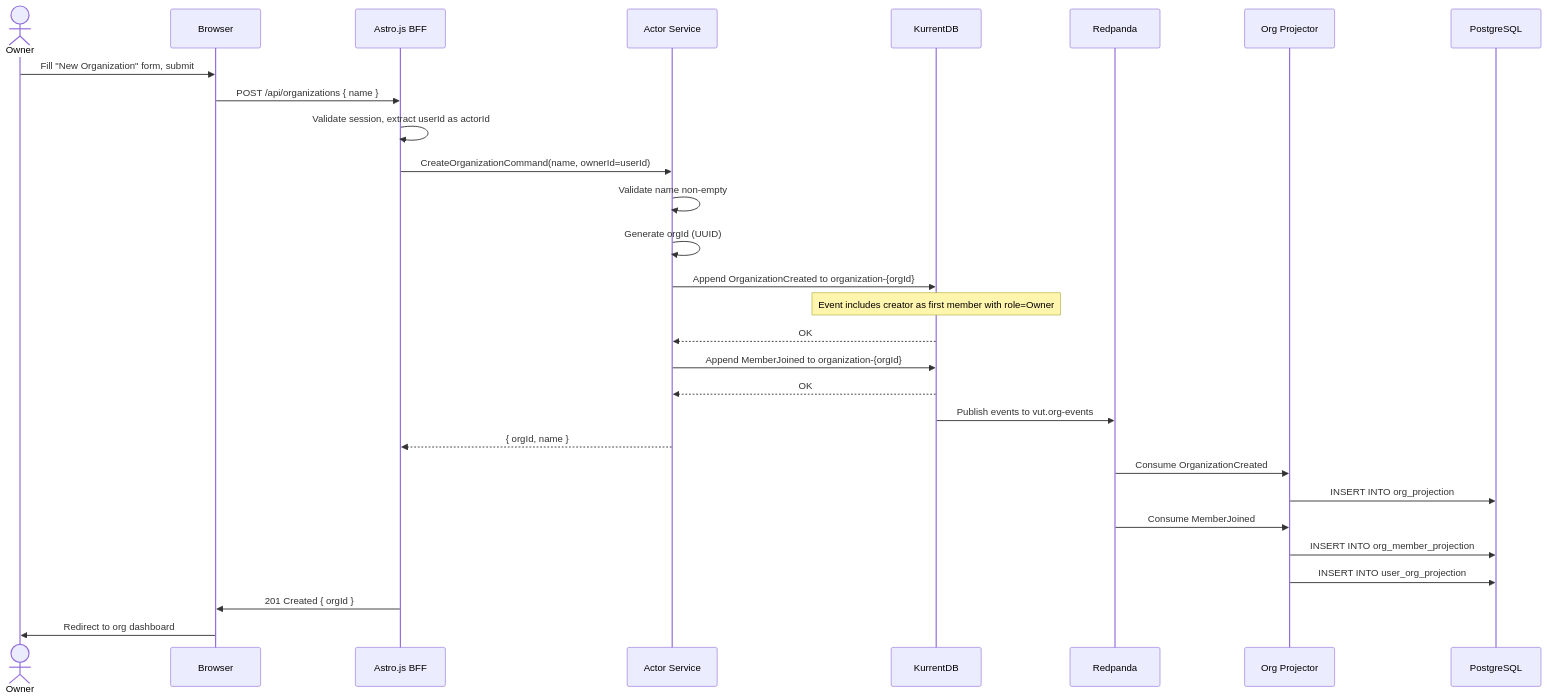
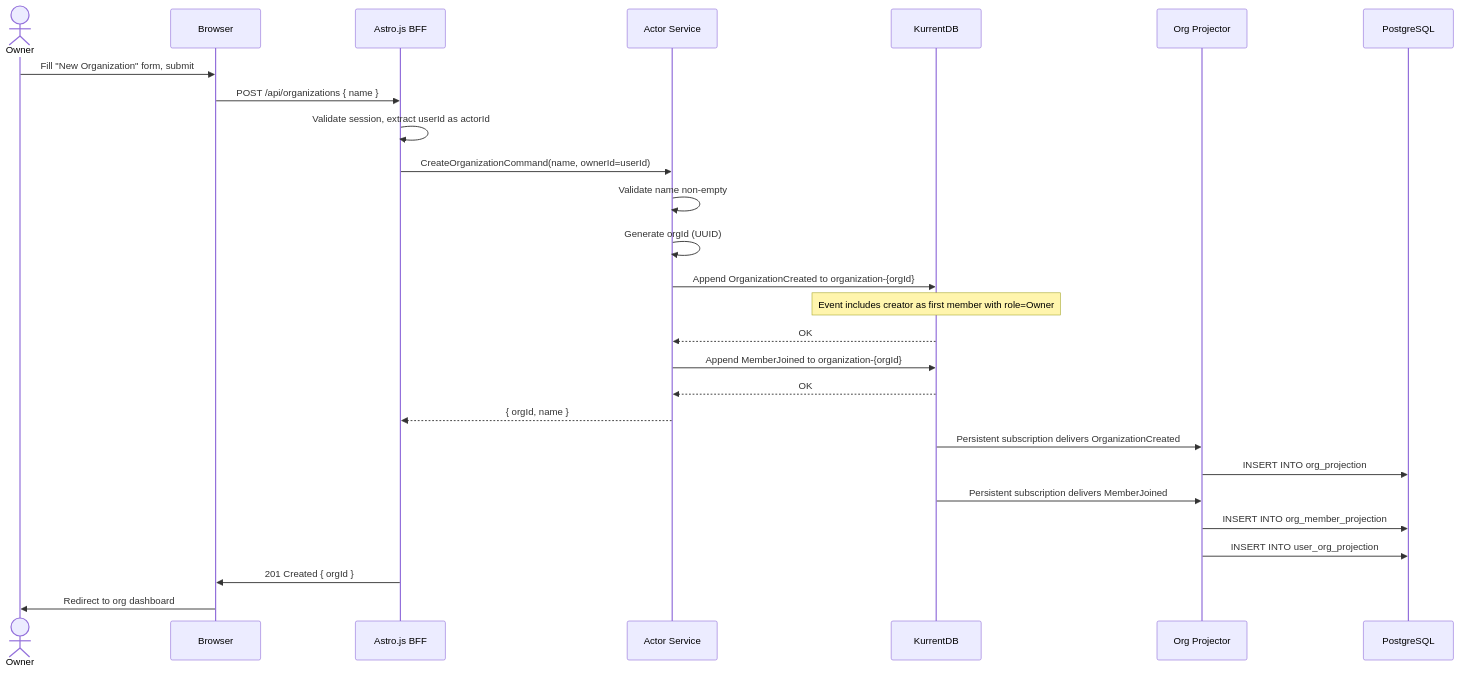
One commit to lekhasy/Vut changed the tenth of 15 diagrams in epics/01-epic-first-signin-org/architecture/architecture.md. Above: the diagram before and after it, drawn with Mermaid. The commit also changed other lines of this file and 16 other files, not shown here.

Commit message:
Architecture change to projecting directly from kurrent db

````diff
--- a/epics/01-epic-first-signin-org/architecture/architecture.md
+++ b/epics/01-epic-first-signin-org/architecture/architecture.md
@@ -811,36 +796,34 @@
 ```mermaid
 sequenceDiagram
     actor Owner
     participant Browser
     participant BFF as Astro.js BFF
     participant AS as Actor Service
     participant K as KurrentDB
-    participant RP as Redpanda
     participant PJ as Org Projector
     participant PG as PostgreSQL
 
     Owner->>Browser: Fill "New Organization" form, submit
     Browser->>BFF: POST /api/organizations { name }
     BFF->>BFF: Validate session, extract userId as actorId
     BFF->>AS: CreateOrganizationCommand(name, ownerId=userId)
     AS->>AS: Validate name non-empty
     AS->>AS: Generate orgId (UUID)
     AS->>K: Append OrganizationCreated to organization-{orgId}
     Note over K: Event includes creator as first member with role=Owner
 
     K-->>AS: OK
     AS->>K: Append MemberJoined to organization-{orgId}
     K-->>AS: OK
 
-    K->>RP: Publish events to vut.org-events
     AS-->>BFF: { orgId, name }
 
-    RP->>PJ: Consume OrganizationCreated
+    K->>PJ: Persistent subscription delivers OrganizationCreated
     PJ->>PG: INSERT INTO org_projection
-    RP->>PJ: Consume MemberJoined
+    K->>PJ: Persistent subscription delivers MemberJoined
     PJ->>PG: INSERT INTO org_member_projection
     PJ->>PG: INSERT INTO user_org_projection
 
     BFF->>Browser: 201 Created { orgId }
     Browser->>Owner: Redirect to org dashboard
 ```
````
